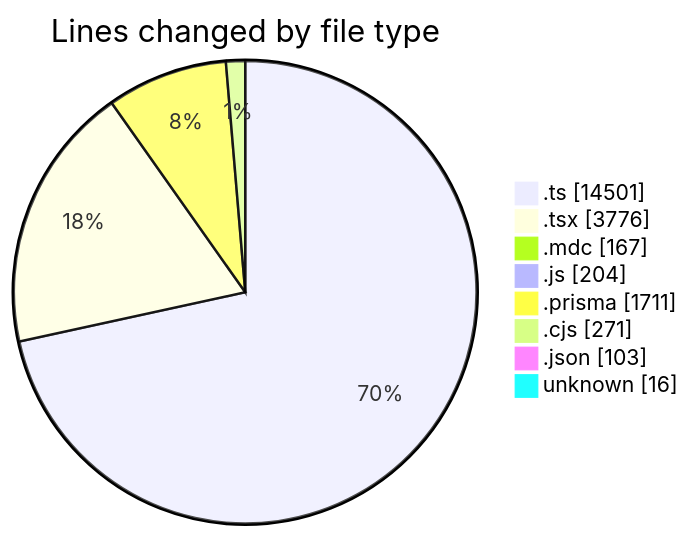
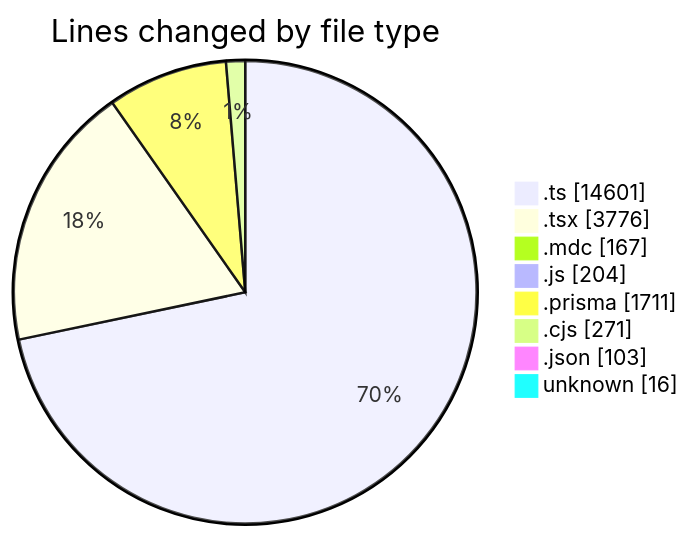
Before and after one commit to CELIANVF/code-tracking: the first of 2 diagrams in 2025-06-06/ecodeli-1/README.md, drawn with Mermaid. The commit also changed other lines of this file and 1 other file, not shown here.

````diff
--- a/2025-06-06/ecodeli-1/README.md
+++ b/2025-06-06/ecodeli-1/README.md
@@ -83,12 +83,12 @@
 ```mermaid
 pie showData
 title Lines changed by file type
-".ts" : 14501
+".ts" : 14601
 ".tsx" : 3776
 ".mdc" : 167
 ".js" : 204
 ".prisma" : 1711
 ".cjs" : 271
 ".json" : 103
 "unknown" : 16
 ```
````
